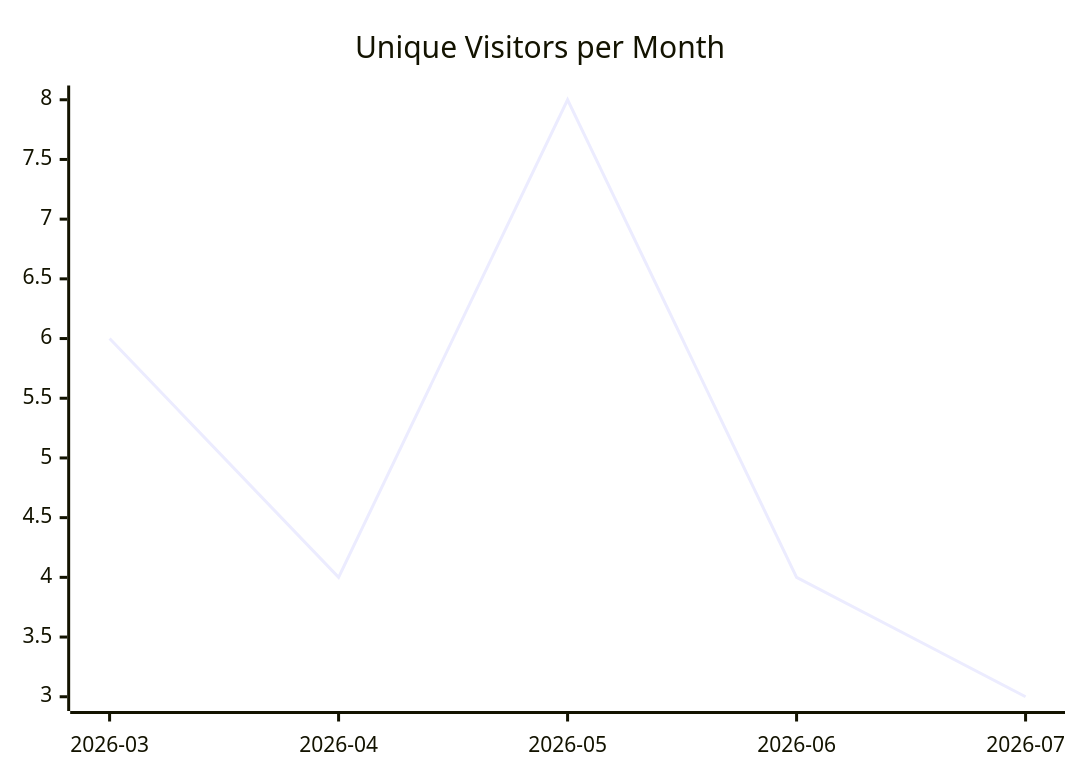
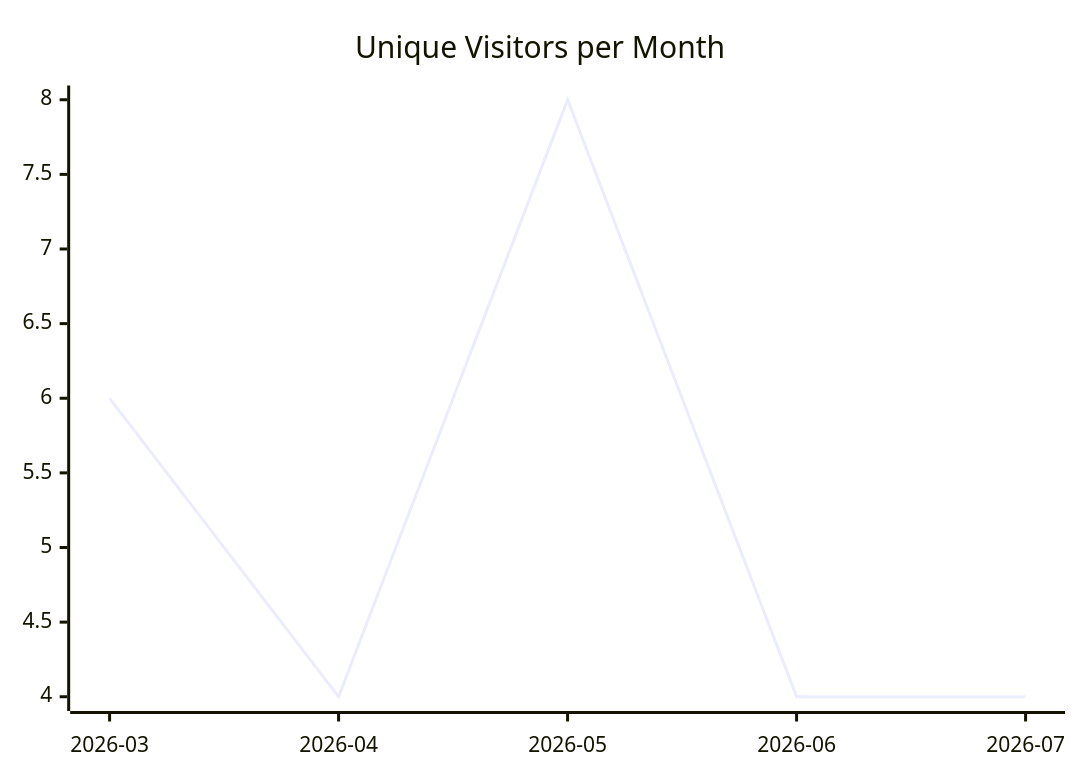
One commit to justdavis-family/github-analytics-data changed the first of 3 diagrams in karlmdavis/xmlpull/README.md. Above: the diagram before and after it, drawn with Mermaid. The commit also changed other lines of this file and 180 other files, not shown here.

````diff
--- a/karlmdavis/xmlpull/README.md
+++ b/karlmdavis/xmlpull/README.md
@@ -5,6 +5,6 @@
 ```mermaid
 xychart-beta
   title "Unique Visitors per Month"
   x-axis ["2026-03", "2026-04", "2026-05", "2026-06", "2026-07"]
-  line [6, 4, 8, 4, 3]
+  line [6, 4, 8, 4, 4]
 ```
````
